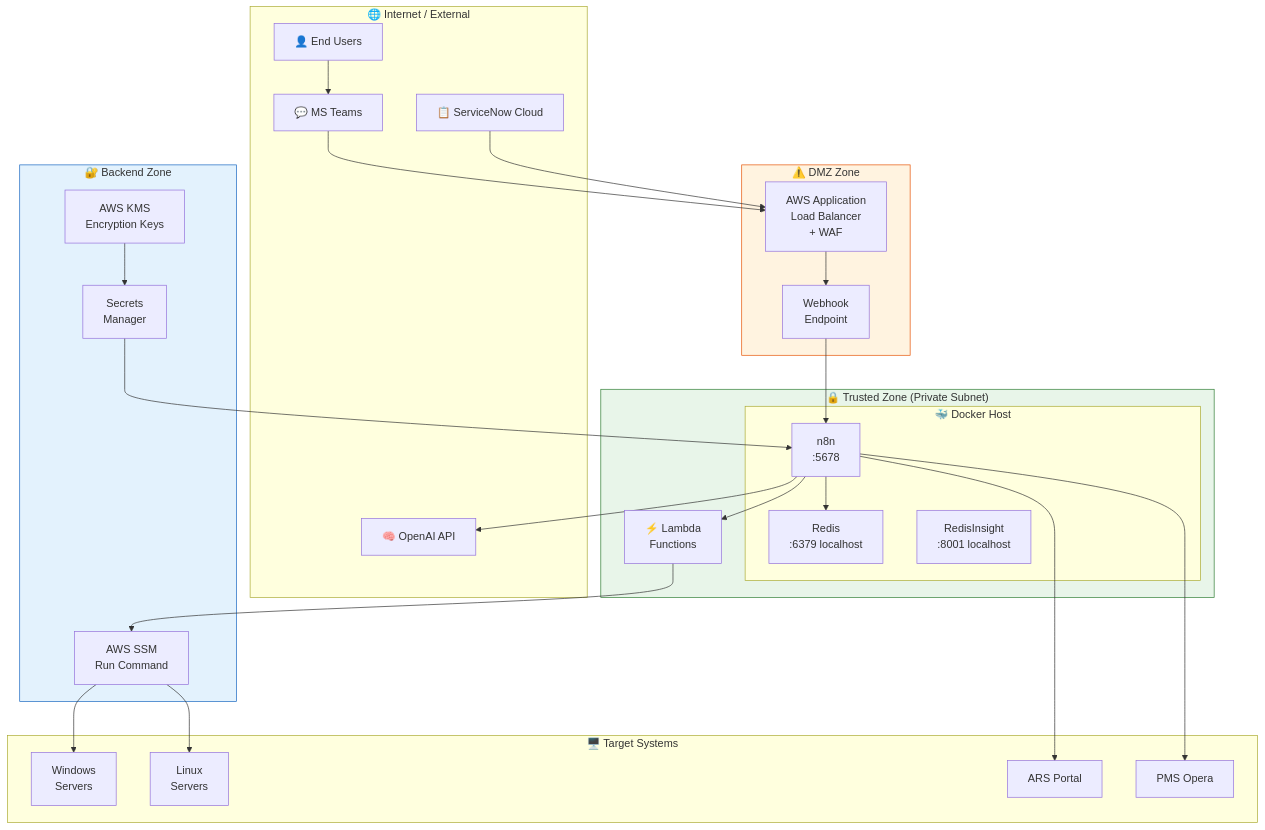
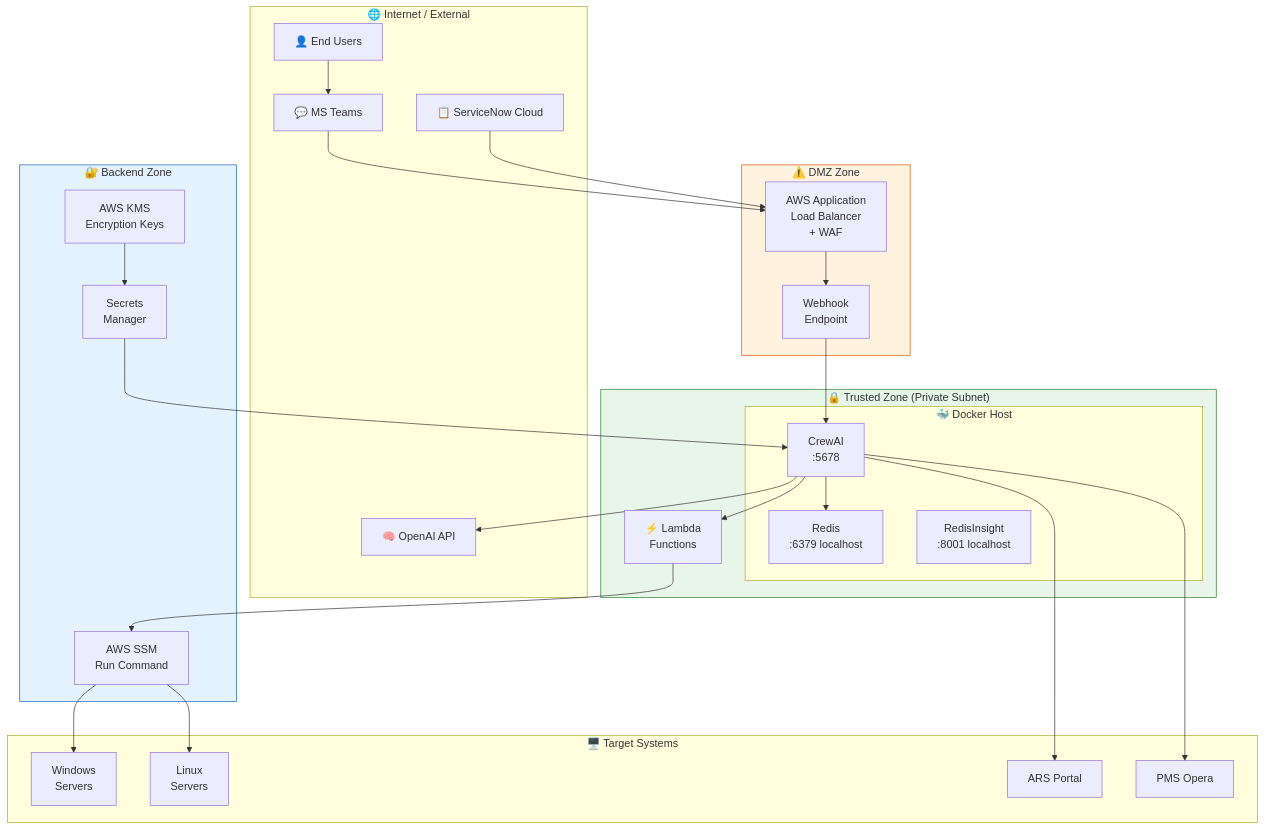
Before and after one commit to maniltns/AEGIS: diagram 15 of 16 in docs/implementation_plan.md, drawn with Mermaid. The commit also changed other lines of this file and 14 other files, not shown here.

Commit message:
docs: Add comprehensive documentation for AEGIS architecture, demo, setup, and executive insights, and update contributing guidelines for the Python/CrewAI agent stack.

````diff
--- a/docs/implementation_plan.md
+++ b/docs/implementation_plan.md
@@ -1132,59 +1132,59 @@
 ```mermaid
 graph TB
     subgraph "🌐 Internet / External"
         USER["👤 End Users"]
         TEAMS_EXT["💬 MS Teams"]
         SNOW_EXT["📋 ServiceNow Cloud"]
         OPENAI_EXT["🧠 OpenAI API"]
     end
 
     subgraph DMZ["⚠️ DMZ Zone"]
         ALB["AWS Application<br/>Load Balancer<br/>+ WAF"]
         WEBHOOK["Webhook<br/>Endpoint"]
     end
 
     subgraph TRUSTED["🔒 Trusted Zone (Private Subnet)"]
         subgraph DOCKER["🐳 Docker Host"]
-            N8N["n8n<br/>:5678"]
+            CrewAI["CrewAI<br/>:5678"]
             REDIS["Redis<br/>:6379 localhost"]
             INSIGHT["RedisInsight<br/>:8001 localhost"]
         end
         LAMBDA["⚡ Lambda<br/>Functions"]
     end
 
     subgraph BACKEND["🔐 Backend Zone"]
         SSM["AWS SSM<br/>Run Command"]
         SECRETS["Secrets<br/>Manager"]
         KMS["AWS KMS<br/>Encryption Keys"]
     end
 
     subgraph TARGETS["🖥️ Target Systems"]
         WIN["Windows<br/>Servers"]
         LINUX["Linux<br/>Servers"]
         ARS["ARS Portal"]
         OPERA["PMS Opera"]
     end
 
     USER --> TEAMS_EXT
     TEAMS_EXT --> ALB
     SNOW_EXT --> ALB
     ALB --> WEBHOOK
-    WEBHOOK --> N8N
-    N8N --> REDIS
-    N8N --> LAMBDA
+    WEBHOOK --> CrewAI
+    CrewAI --> REDIS
+    CrewAI --> LAMBDA
     LAMBDA --> SSM
     SSM --> WIN
     SSM --> LINUX
-    N8N --> OPENAI_EXT
-    N8N --> ARS
-    N8N --> OPERA
-    SECRETS --> N8N
+    CrewAI --> OPENAI_EXT
+    CrewAI --> ARS
+    CrewAI --> OPERA
+    SECRETS --> CrewAI
     KMS --> SECRETS
 
     classDef dmz fill:#FFF3E0,stroke:#E65100
     classDef trusted fill:#E8F5E9,stroke:#2E7D32
     classDef backend fill:#E3F2FD,stroke:#1565C0
     class DMZ dmz
     class TRUSTED trusted
     class BACKEND backend
 ```
````
